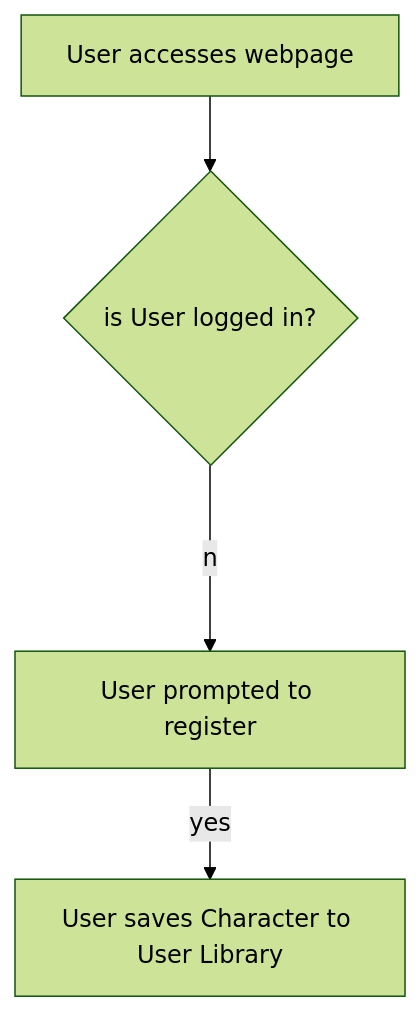
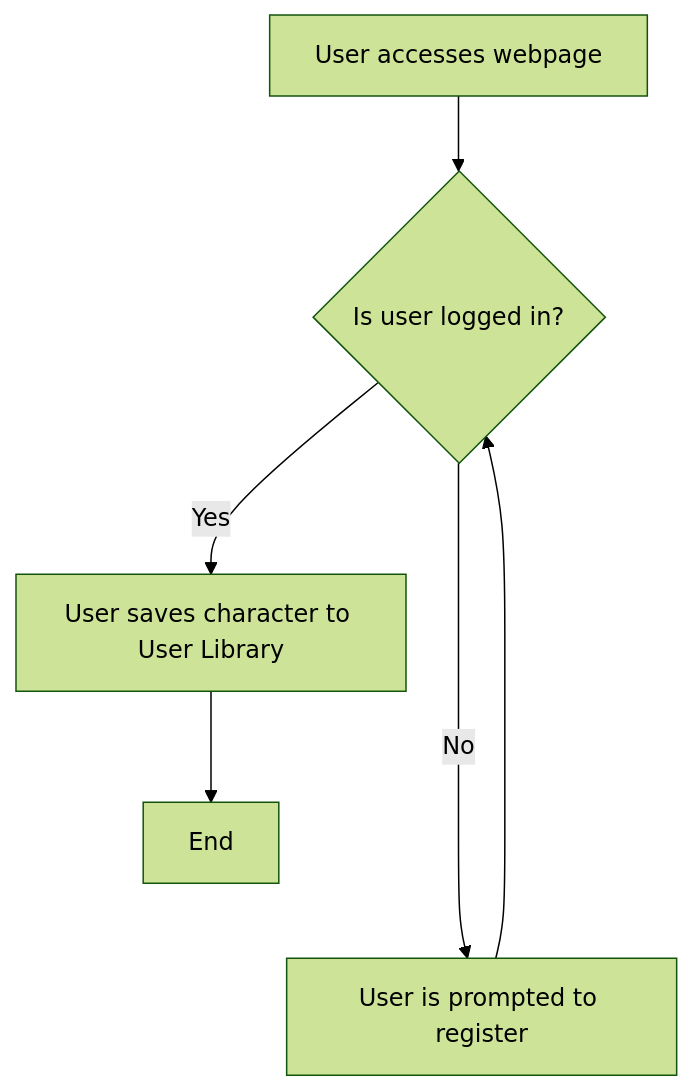
Before and after one commit to Wren00/create-an-orc: the fourth of 4 diagrams in README.md, drawn with Mermaid (forest theme). The commit also changed other lines of this file, not shown here.

````diff
--- a/README.md
+++ b/README.md
@@ -579,4 +579,6 @@
 ```mermaid
 flowchart TD
- 	A[User accesses webpage]  --> B{is User logged in?} --no--> C[User prompted to register] --yes--> D[User saves Character to User Library]
+	A[User accesses webpage] --> B{Is user logged in?}
+	B -- Yes --> C[User saves character to User Library] --> E[End]
+	B -- No ----> D[User is prompted to register] --> B
 ```
````
